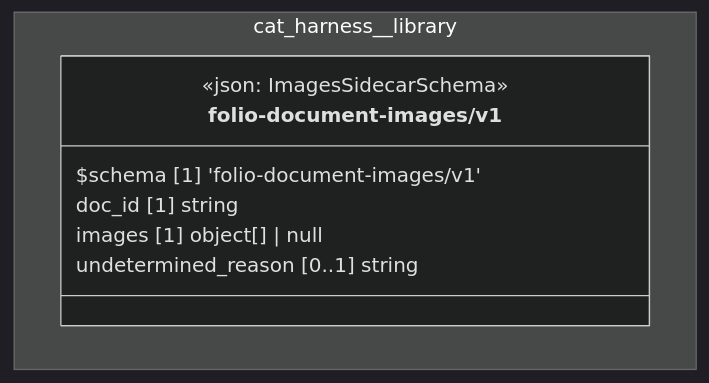
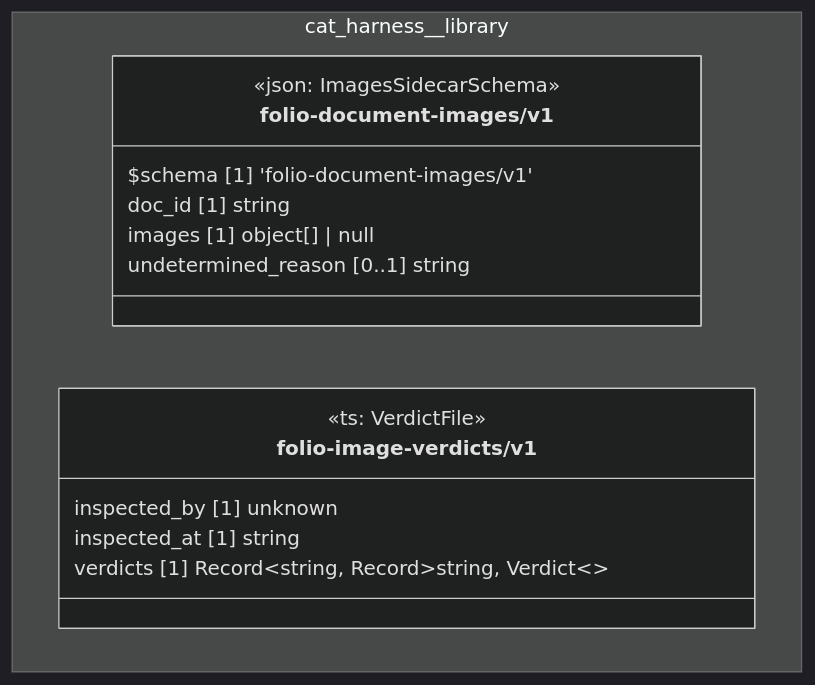
The diagram in cat-harness/uml/overview/cat-harness/library.mmd (litlfred/folio-assistant), drawn with Mermaid (dark theme) before and after one commit. The commit also changed 135 other files, not shown here.

```diff
--- a/cat-harness/uml/overview/cat-harness/library.mmd
+++ b/cat-harness/uml/overview/cat-harness/library.mmd
@@ -1,12 +1,19 @@
 classDiagram
   direction TB
   namespace cat_harness__library {
     class cat_harness_library_folio_document_images_v1_folio_document_images_v1["folio-document-images/v1"] {
       <<json: ImagesSidecarSchema>>
       $schema [1] 'folio-document-images/v1'
       doc_id [1] string
       images [1] object[] | null
       undetermined_reason [0..1] string
     }
+    class cat_harness_library_folio_image_verdicts_v1["folio-image-verdicts/v1"] {
+      <<ts: VerdictFile>>
+      inspected_by [1] unknown
+      inspected_at [1] string
+      verdicts [1] Record~string, Record~string, Verdict~~
+    }
   }
   cssClass "cat_harness_library_folio_document_images_v1_folio_document_images_v1" fa_uml_kind_library
+  cssClass "cat_harness_library_folio_image_verdicts_v1" fa_uml_kind_library
```
